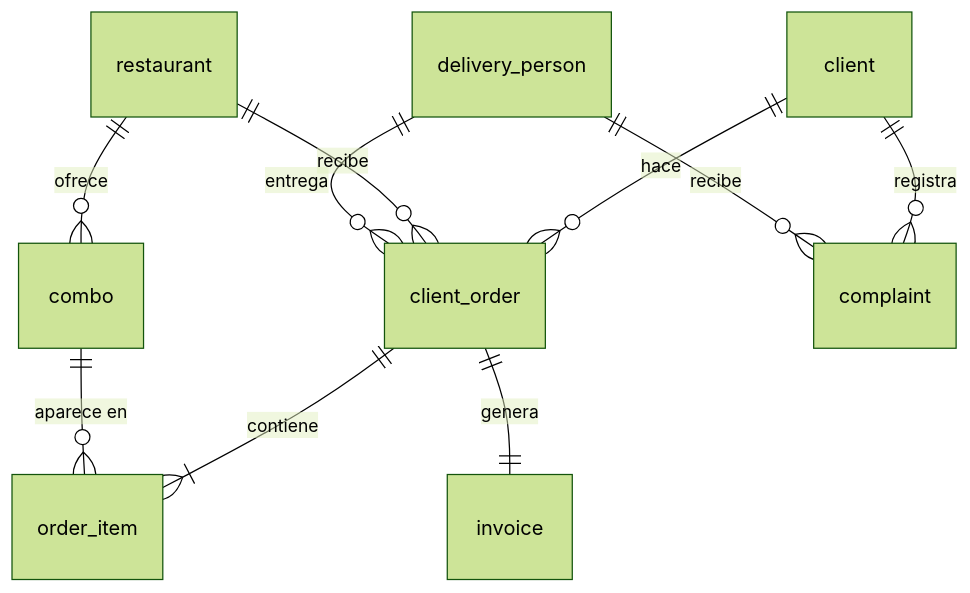
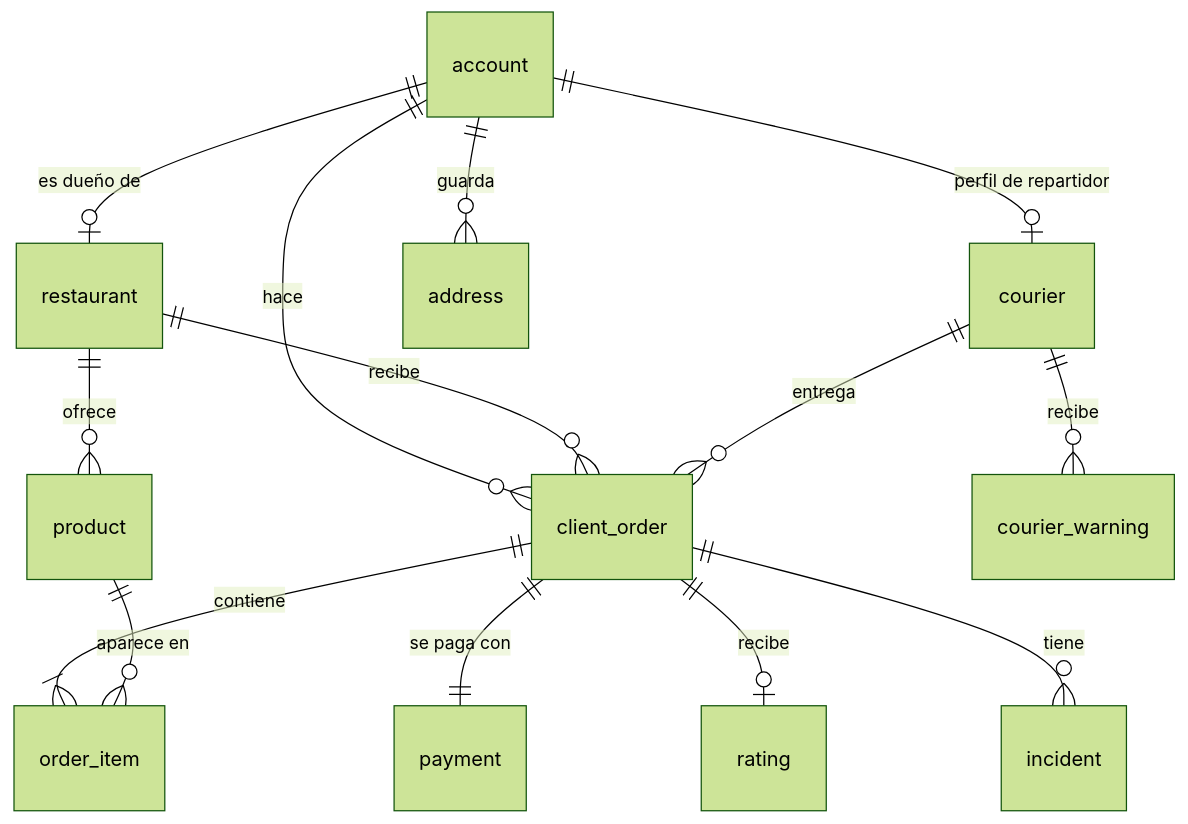
Before and after one commit to MementoMoriX29/cletaeats: the diagram in backend/README.md, drawn with Mermaid (forest theme). The commit also changed other lines of this file and 240 other files, not shown here.

````diff
--- a/backend/README.md
+++ b/backend/README.md
@@ -234,12 +258,16 @@
 ```mermaid
 erDiagram
-    client ||--o{ client_order : hace
-    restaurant ||--o{ combo : ofrece
+    account ||--o| courier : "perfil de repartidor"
+    account ||--o| restaurant : "es dueño de"
+    account ||--o{ address : guarda
+    account ||--o{ client_order : hace
+    restaurant ||--o{ product : ofrece
     restaurant ||--o{ client_order : recibe
-    delivery_person ||--o{ client_order : entrega
+    courier ||--o{ client_order : entrega
+    courier ||--o{ courier_warning : recibe
     client_order ||--|{ order_item : contiene
-    combo ||--o{ order_item : "aparece en"
-    client_order ||--|| invoice : genera
-    client ||--o{ complaint : registra
-    delivery_person ||--o{ complaint : recibe
+    product ||--o{ order_item : "aparece en"
+    client_order ||--|| payment : "se paga con"
+    client_order ||--o| rating : recibe
+    client_order ||--o{ incident : tiene
 ```
````
